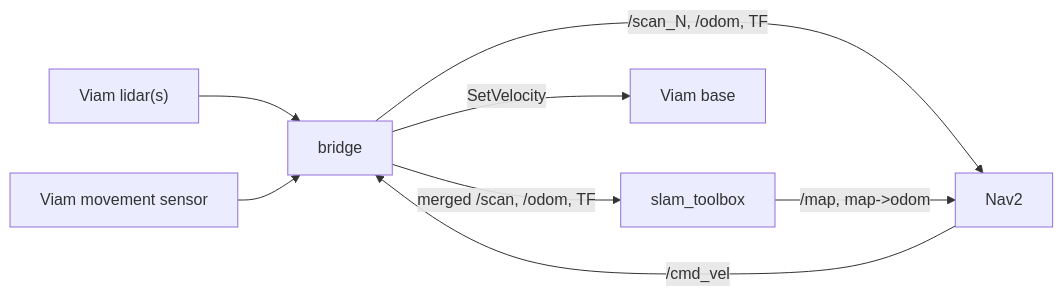
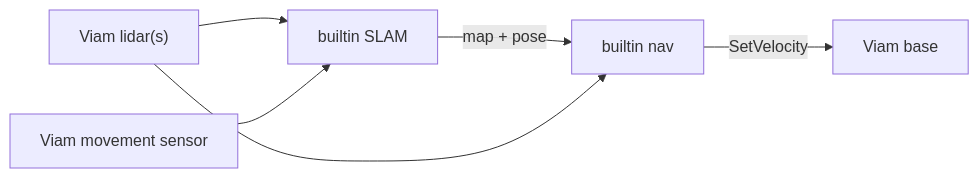
The diagram in README.md (viam-labs/nav-stack), drawn with Mermaid before and after one commit. The commit also changed other lines of this file and 51 other files, not shown here.

First line of the commit message:
Remove ROS/Nav2/slam_toolbox; builtin SLAM + nav are the only path

````diff
--- a/README.md
+++ b/README.md
@@ -32,10 +23,8 @@
 ```mermaid
 flowchart LR
-  lidar["Viam lidar(s)"] --> bridge
-  odom["Viam movement sensor"] --> bridge
-  bridge -->|"merged /scan, /odom, TF"| slamtb["slam_toolbox"]
-  bridge -->|"/scan_N, /odom, TF"| nav2["Nav2"]
-  slamtb -->|"/map, map->odom"| nav2
-  nav2 -->|"/cmd_vel"| bridge
-  bridge -->|"SetVelocity"| base["Viam base"]
+  lidar["Viam lidar(s)"] --> slam["builtin SLAM"]
+  odom["Viam movement sensor"] --> slam
+  slam -->|"map + pose"| nav["builtin nav"]
+  lidar --> nav
+  nav -->|"SetVelocity"| base["Viam base"]
 ```
````
